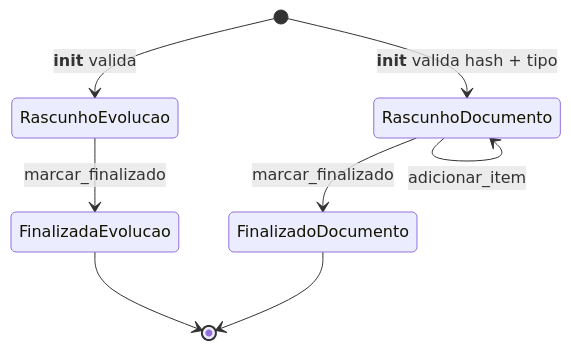
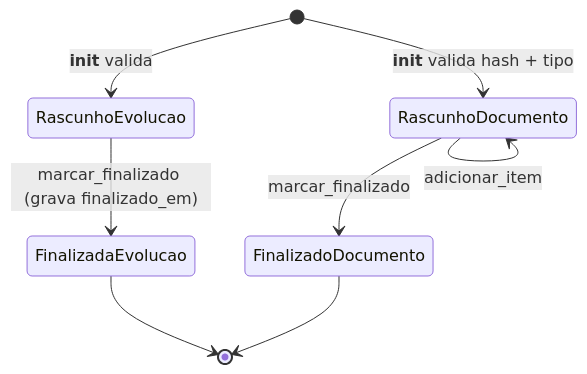
Before and after one commit to Rafaelp122/medisync: the diagram in docs/explanation/domains/consultation-domain.md, drawn with Mermaid. The commit also changed other lines of this file and 5 other files, not shown here.

First line of the commit message:
docs(architecture): atualizar ADR-001 e documentacoes de dominio

````diff
--- a/docs/explanation/domains/consultation-domain.md
+++ b/docs/explanation/domains/consultation-domain.md
@@ -30,10 +30,10 @@
 ```mermaid
 stateDiagram-v2
     [*] --> RascunhoEvolucao: __init__ valida
-    RascunhoEvolucao --> FinalizadaEvolucao: marcar_finalizado
+    RascunhoEvolucao --> FinalizadaEvolucao: marcar_finalizado (grava finalizado_em)
     FinalizadaEvolucao --> [*]
     [*] --> RascunhoDocumento: __init__ valida hash + tipo
     RascunhoDocumento --> RascunhoDocumento: adicionar_item
     RascunhoDocumento --> FinalizadoDocumento: marcar_finalizado
     FinalizadoDocumento --> [*]
 ```
````
